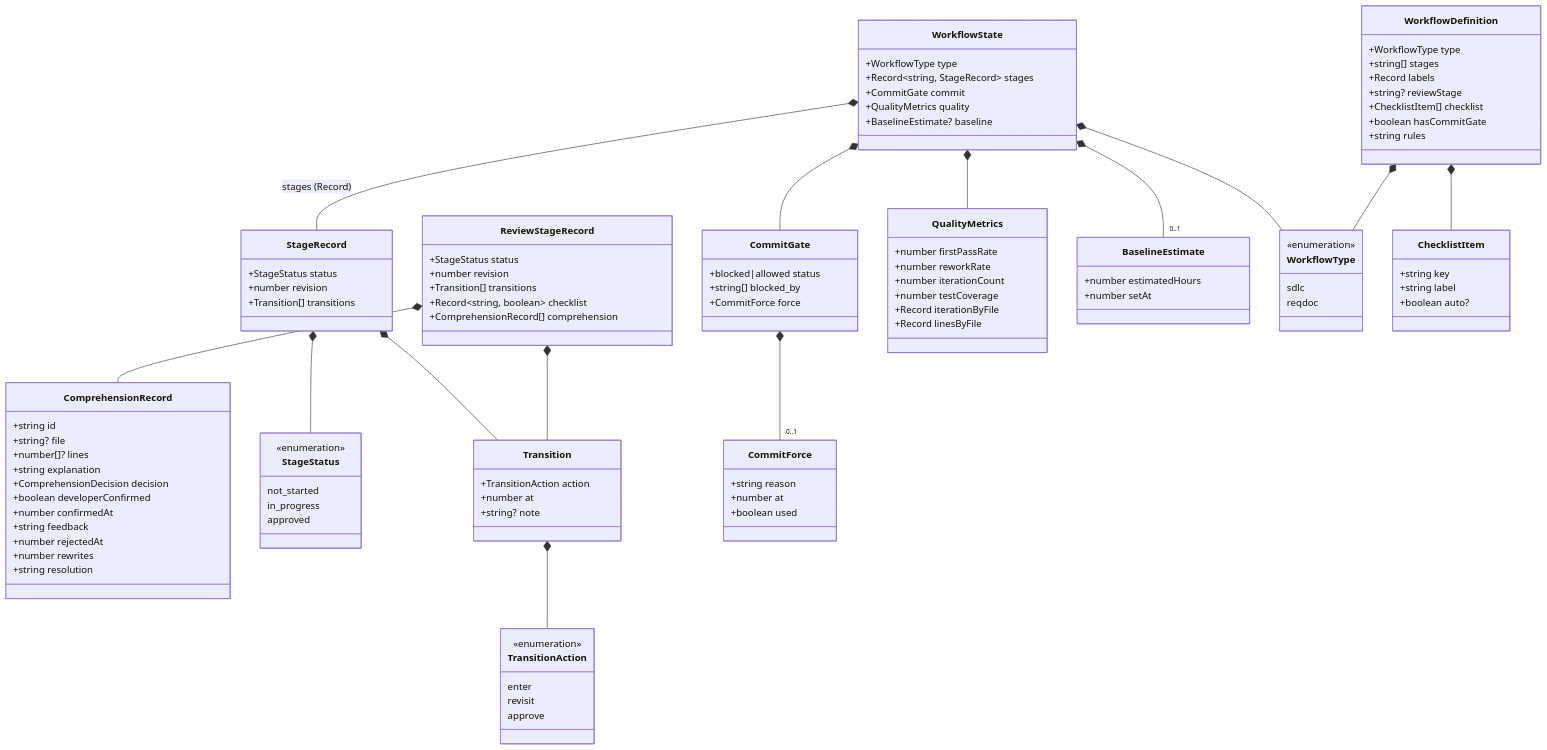
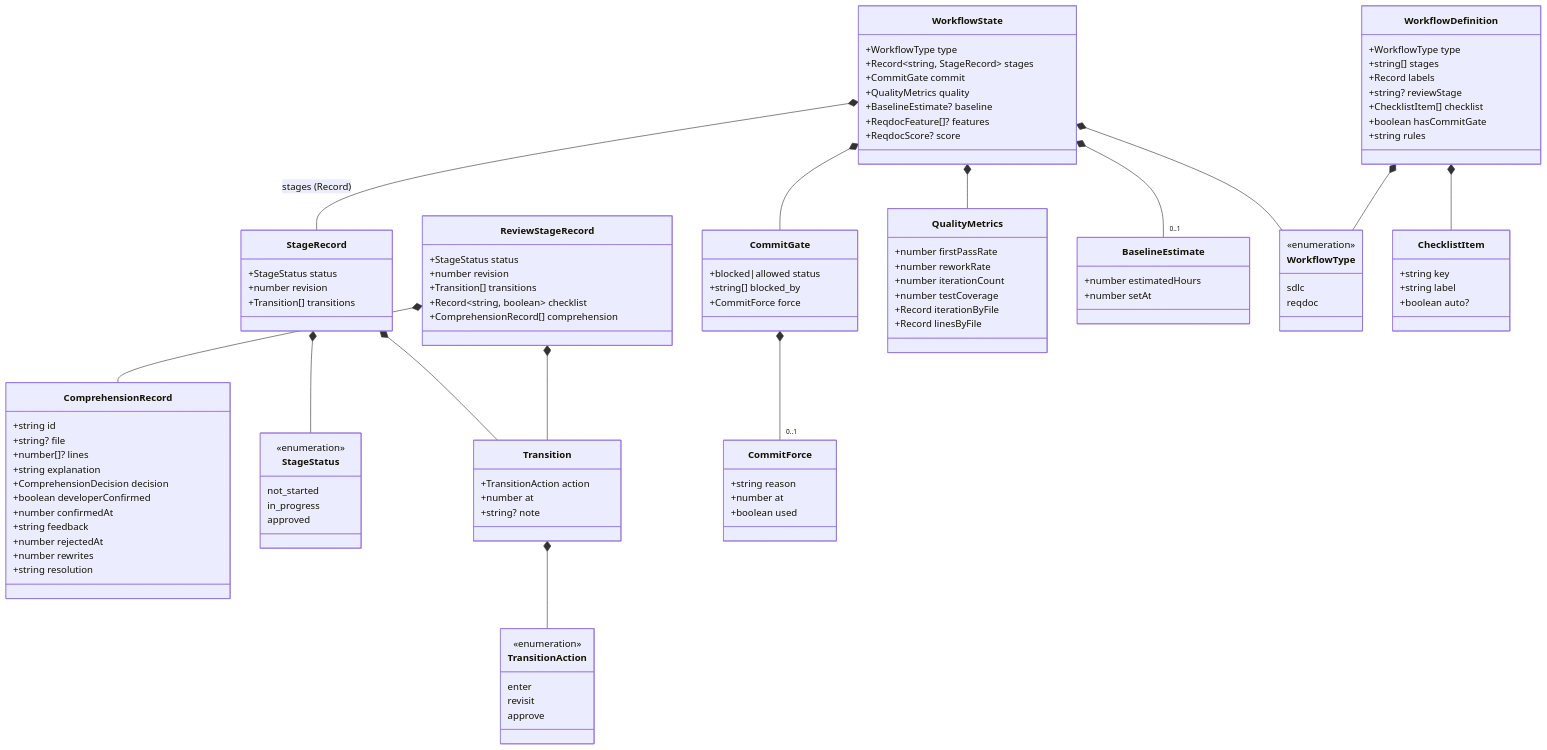
Before and after one commit to wonglaitung/opencode: the eighth of 16 diagrams in opencode-session-mgmt/docs/session-management.md, drawn with Mermaid. The commit also changed other lines of this file and 22 other files, not shown here.

```diff
--- a/opencode-session-mgmt/docs/session-management.md
+++ b/opencode-session-mgmt/docs/session-management.md
@@ -425,6 +425,8 @@
         +CommitGate commit
         +QualityMetrics quality
         +BaselineEstimate? baseline
+        +ReqdocFeature[]? features
+        +ReqdocScore? score
     }
 
     class StageRecord {
```
